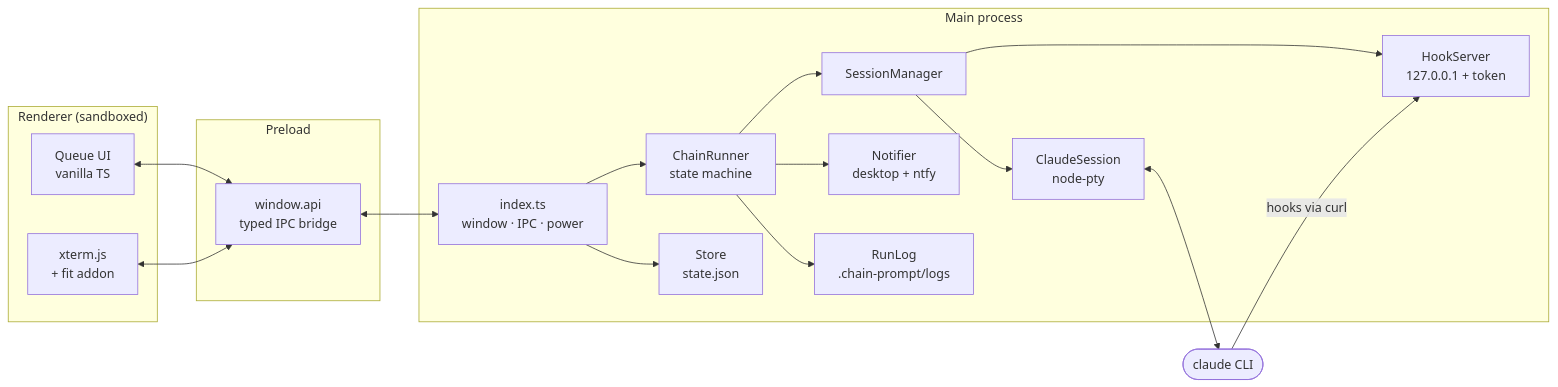
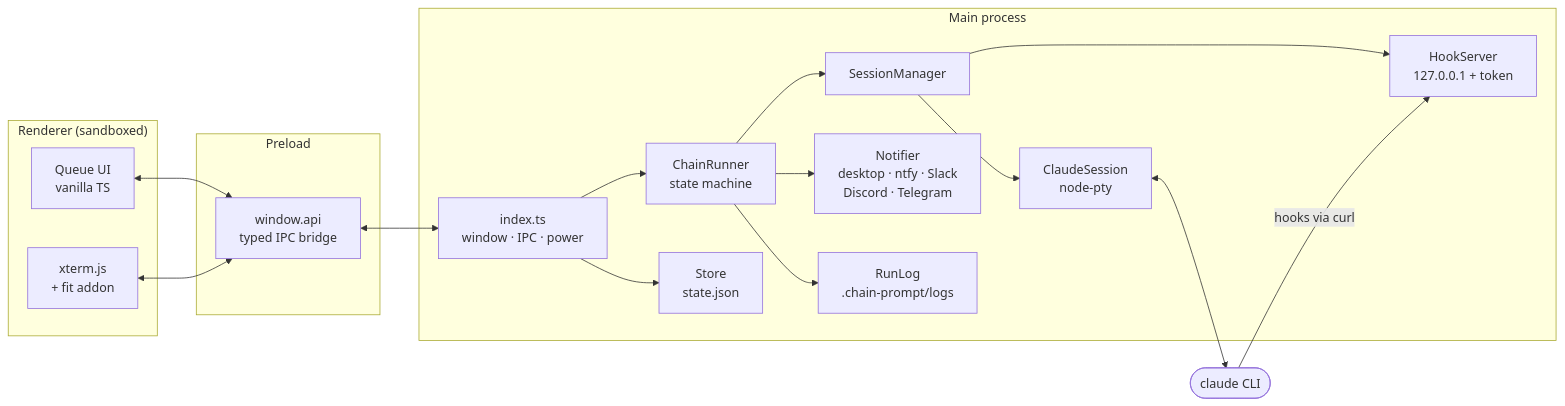
The second of 3 diagrams in README.md (mehmetkahya0/chain-prompt), drawn with Mermaid before and after one commit. The commit also changed other lines of this file and 38 other files, not shown here.

````diff
--- a/README.md
+++ b/README.md
@@ -496,30 +715,30 @@
 ```mermaid
 flowchart LR
     subgraph Renderer["Renderer (sandboxed)"]
         UI["Queue UI<br/>vanilla TS"]
         XT["xterm.js<br/>+ fit addon"]
     end
     subgraph Preload
         API["window.api<br/>typed IPC bridge"]
     end
     subgraph Main["Main process"]
         IDX["index.ts<br/>window · IPC · power"]
         CR["ChainRunner<br/>state machine"]
         SM["SessionManager"]
         HS["HookServer<br/>127.0.0.1 + token"]
         PTY["ClaudeSession<br/>node-pty"]
         ST["Store<br/>state.json"]
-        NT["Notifier<br/>desktop + ntfy"]
+        NT["Notifier<br/>desktop · ntfy · Slack<br/>Discord · Telegram"]
         RL["RunLog<br/>.chain-prompt/logs"]
     end
     CL(["claude CLI"])
 
     UI <--> API
     XT <--> API
     API <--> IDX
     IDX --> CR & ST
     CR --> SM & NT & RL
     SM --> PTY & HS
     PTY <--> CL
     CL -- "hooks via curl" --> HS
 ```
````
